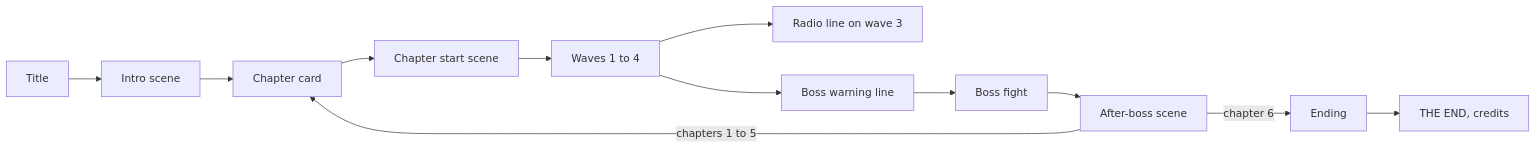
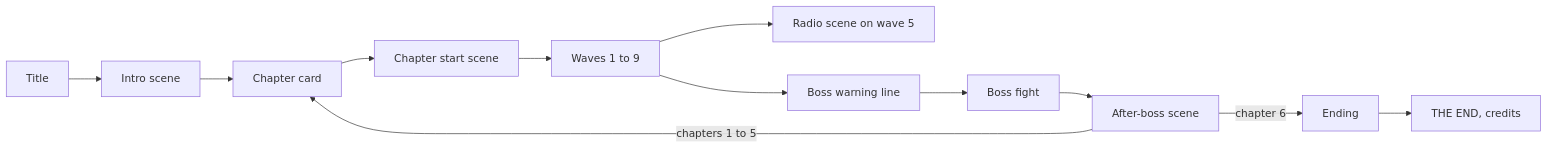
The first of 2 diagrams in docs/story/index.md (chili-chip/chili-space-fighter), drawn with Mermaid before and after one commit. The commit also changed other lines of this file and 30 other files, not shown here.

````diff
--- a/docs/story/index.md
+++ b/docs/story/index.md
@@ -70,14 +73,14 @@
 ```mermaid
 flowchart LR
     T[Title] --> I[Intro scene]
     I --> W1[Chapter card]
     W1 --> CS[Chapter start scene]
-    CS --> W[Waves 1 to 4]
-    W --> R[Radio line on wave 3]
+    CS --> W[Waves 1 to 9]
+    W --> R[Radio scene on wave 5]
     W --> B[Boss warning line]
     B --> BF[Boss fight]
     BF --> A[After-boss scene]
     A -->|chapters 1 to 5| W1
     A -->|chapter 6| E[Ending]
     E --> F[THE END, credits]
 ```
````
